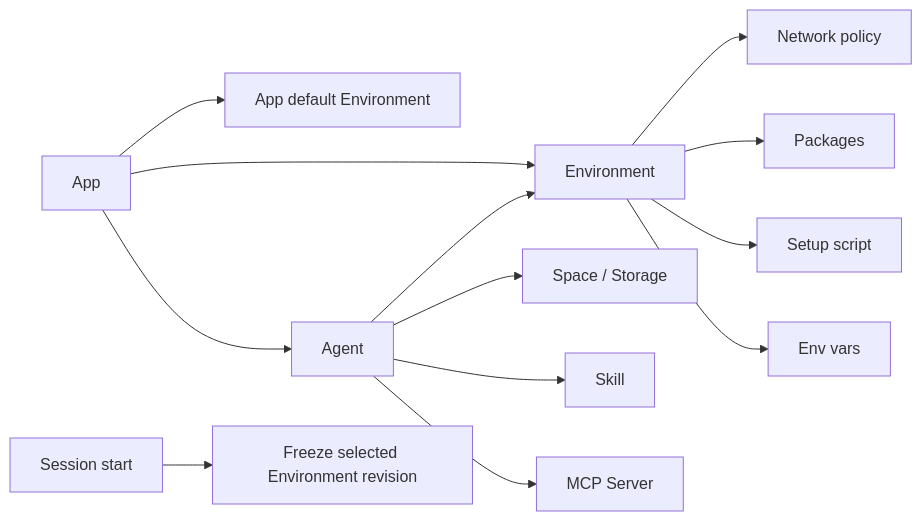
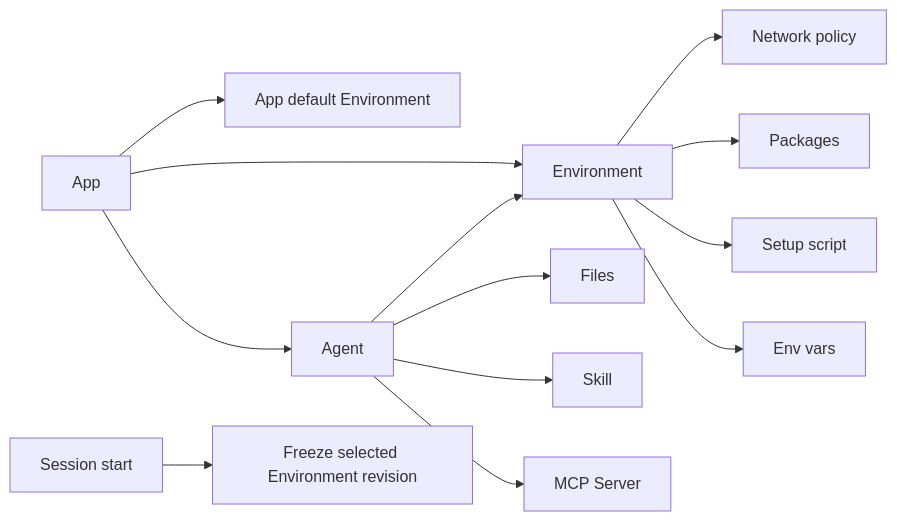
Before and after one commit to langgenius/mosoo: the diagram in docs/prd/environment.md, drawn with Mermaid. The commit also changed other lines of this file and 14 other files, not shown here.

````diff
--- a/docs/prd/environment.md
+++ b/docs/prd/environment.md
@@ -84,15 +84,15 @@
 ```mermaid
 flowchart LR
   App[App] --> DefaultEnvironment[App default Environment]
   App --> Environment
   App --> Agent
   Agent --> Environment
-  Agent --> Space[Space / Storage]
+  Agent --> Files[Files]
   Agent --> Skill
   Agent --> MCP[MCP Server]
   Environment --> Network[Network policy]
   Environment --> Packages
   Environment --> SetupScript[Setup script]
   Environment --> EnvVars[Env vars]
   Session[Session start] --> Snapshot[Freeze selected Environment revision]
 ```
````
